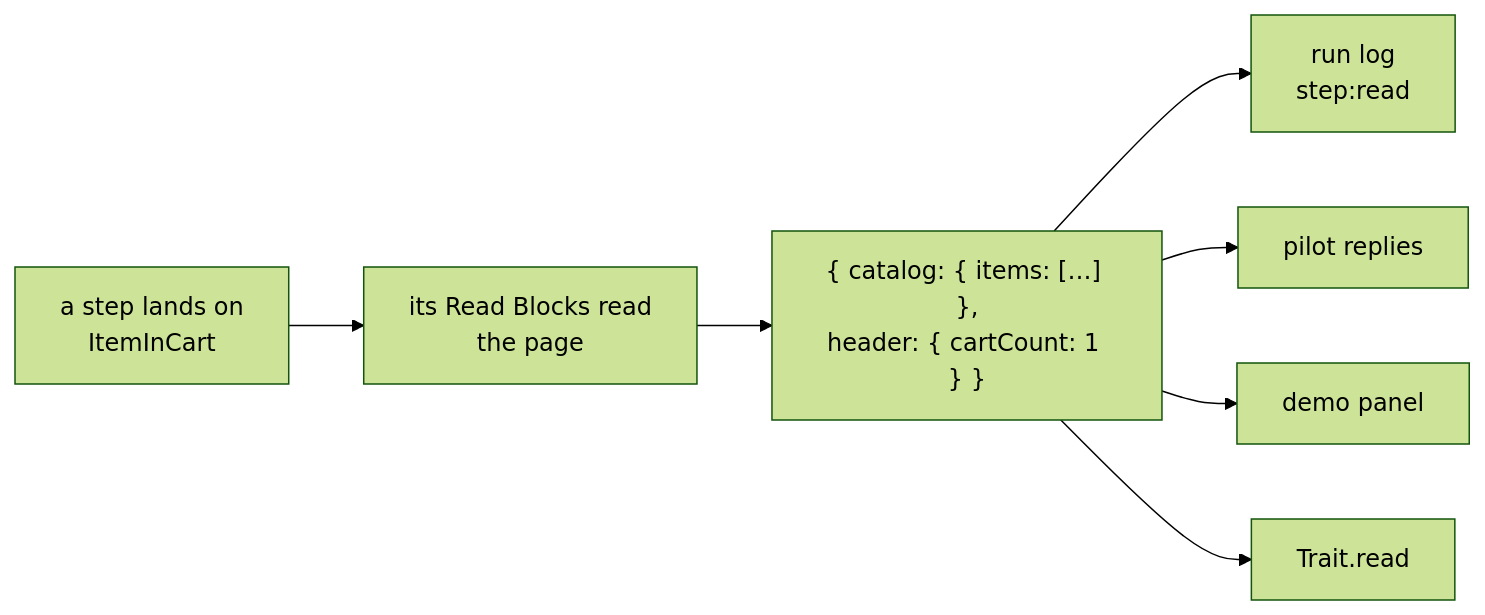
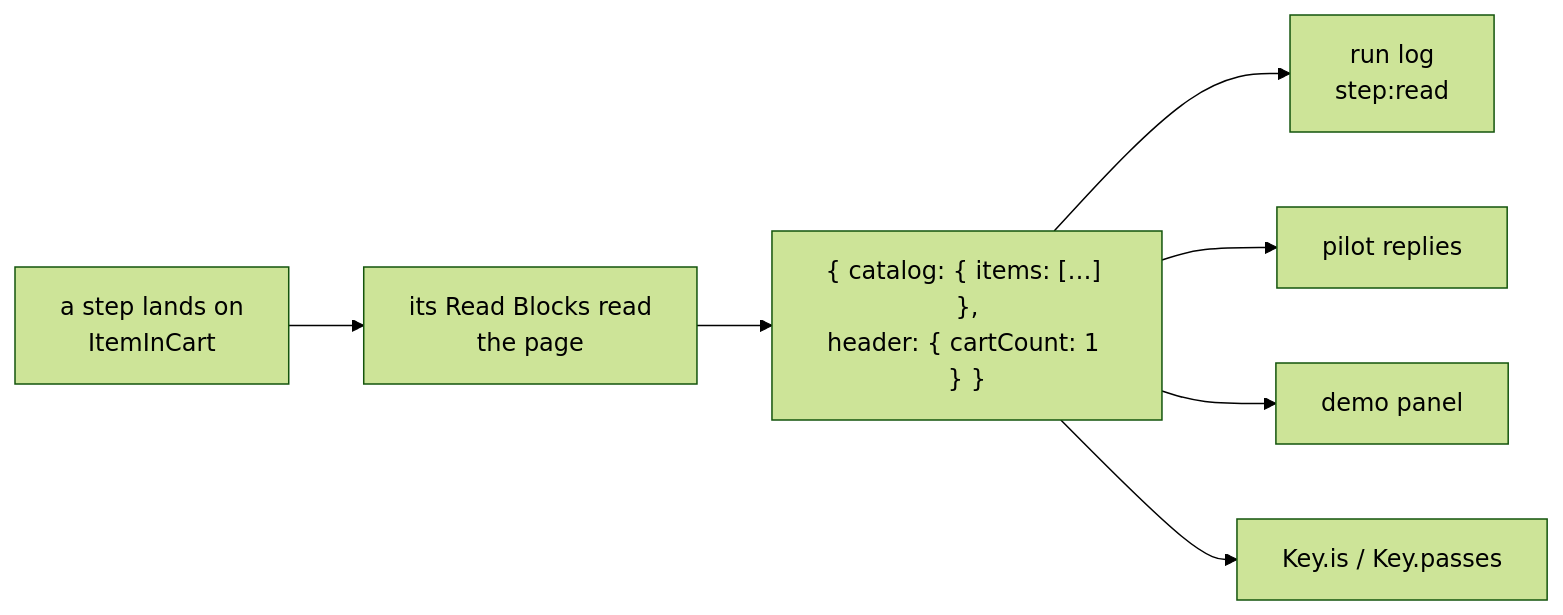
One commit to deviate-dv8/waygraph changed the diagram in docs/guides/reads.md. Above: the diagram before and after it, drawn with Mermaid (forest theme). The commit also changed other lines of this file and 110 other files, not shown here.

````diff
--- a/docs/guides/reads.md
+++ b/docs/guides/reads.md
@@ -7,9 +7,9 @@
 ```mermaid
 graph LR
   S[a step lands on<br/>ItemInCart] --> R[its Read Blocks read<br/>the page]
   R --> J["{ catalog: { items: […] },<br/>header: { cartCount: 1 } }"]
   J --> L[run log<br/>step:read]
   J --> P[pilot replies]
   J --> D[demo panel]
-  J --> T[Trait.read]
+  J --> T[Key.is / Key.passes]
 ```
````
